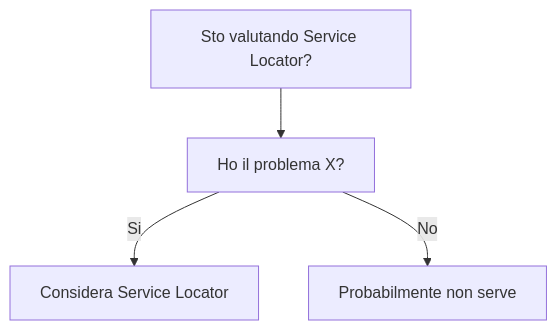
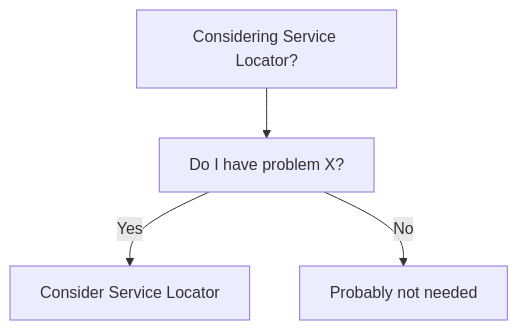
Before and after one commit to HxT9/Software-Dev-Wiki: the diagram in dev-wiki/16_AntiPatterns/Service_Locator/When_To_Use.md, drawn with Mermaid. The commit also changed other lines of this file and 3444 other files, not shown here.

````diff
--- a/dev-wiki/16_AntiPatterns/Service_Locator/When_To_Use.md
+++ b/dev-wiki/16_AntiPatterns/Service_Locator/When_To_Use.md
@@ -19,6 +19,6 @@
 ```mermaid
 flowchart TD
-  Q[Sto valutando Service Locator?] --> Q1[Ho il problema X?]
-  Q1 -->|Si| OK[Considera Service Locator]
-  Q1 -->|No| NO[Probabilmente non serve]
+  Q[Considering Service Locator?] --> Q1[Do I have problem X?]
+  Q1 -->|Yes| OK[Consider Service Locator]
+  Q1 -->|No| NO[Probably not needed]
 ```
````
